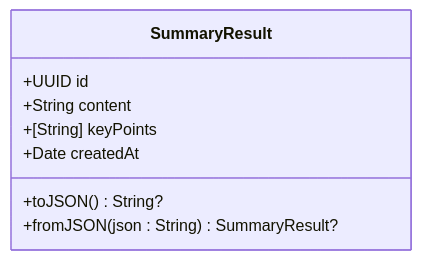
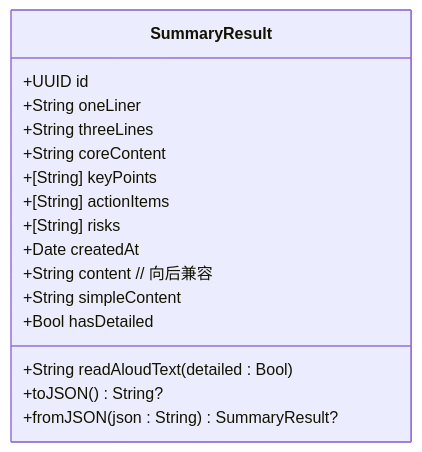
One commit to Primoguo/VoiceReader changed the fourth of 7 diagrams in .qoder/repowiki/zh/content/架构设计/服务层设计/AI 摘要生成服务.md. Above: the diagram before and after it, drawn with Mermaid. The commit also changed other lines of this file and 92 other files, not shown here.

````diff
--- a/.qoder/repowiki/zh/content/架构设计/服务层设计/AI 摘要生成服务.md
+++ b/.qoder/repowiki/zh/content/架构设计/服务层设计/AI 摘要生成服务.md
@@ -202,11 +179,19 @@
 ```mermaid
 classDiagram
 class SummaryResult {
 +UUID id
-+String content
++String oneLiner
++String threeLines
++String coreContent
 +[String] keyPoints
++[String] actionItems
++[String] risks
 +Date createdAt
++String content // 向后兼容
++String simpleContent
++Bool hasDetailed
++String readAloudText(detailed : Bool)
 +toJSON() String?
 +fromJSON(json : String) SummaryResult?
 }
 ```
````
